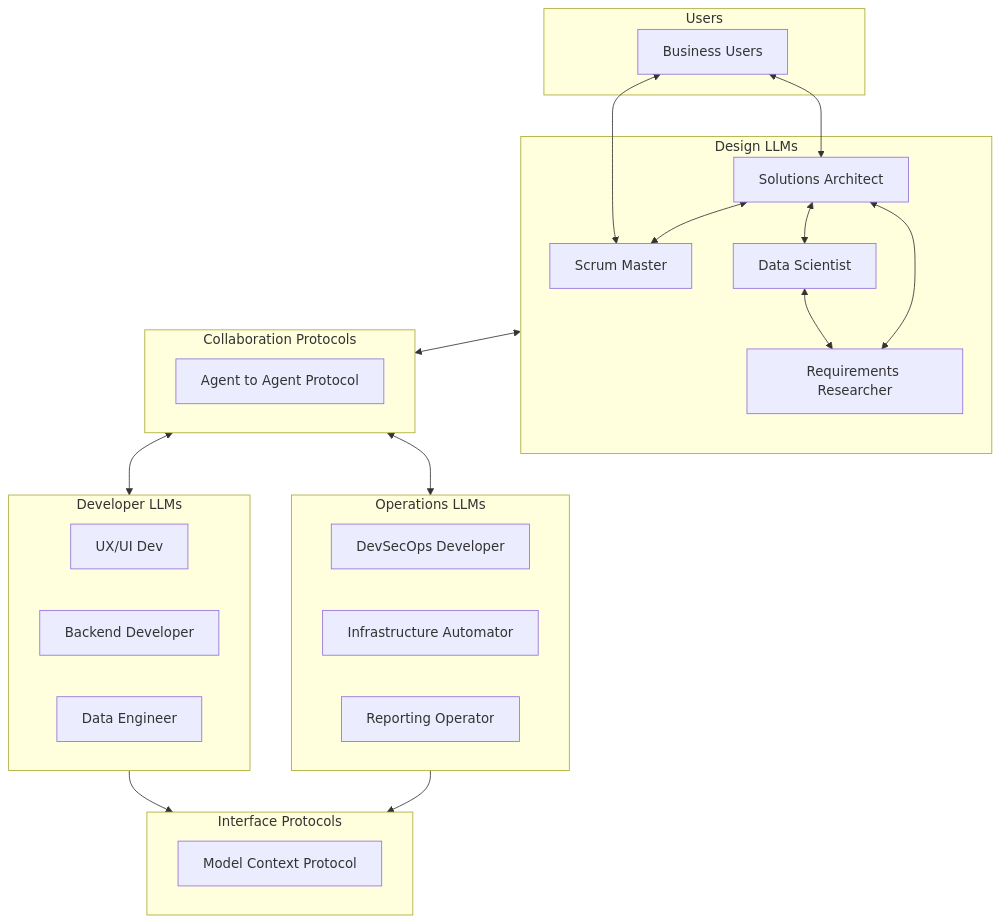
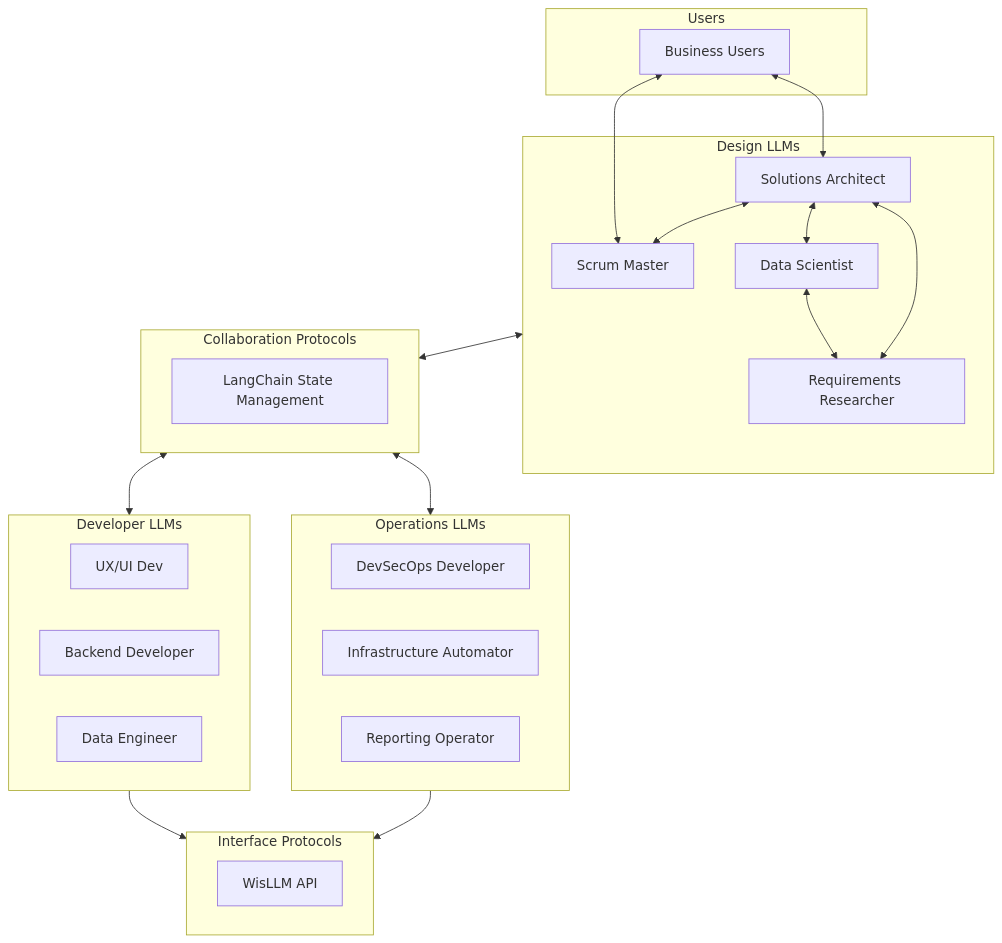
One commit to uhstray-io/WisLLM changed the diagram in README.md. Above: the diagram before and after it, drawn with Mermaid. The commit also changed other lines of this file and 15 other files, not shown here.

Commit message:
Updated design based on LangGraph focused architecture, vLLM inferencing, with BitBlas quantization

````diff
--- a/README.md
+++ b/README.md
@@ -27,49 +27,49 @@
 ```mermaid
 flowchart TD
     subgraph Users
         User[Business Users]
     end
 
     subgraph Design[Design LLMs]
         Scrum[Scrum Master]
         Architect[Solutions Architect]
         DataScientist[Data Scientist]
         Researcher[Requirements Researcher]
     end
 
     subgraph Collab[Collaboration Protocols]
-        A2A[Agent to Agent Protocol]
+        LangChain[LangChain State Management]
     end
 
     subgraph Dev[Developer LLMs]
         UXUI[UX/UI Dev]
         Backend[Backend Developer]
         Data[Data Engineer]
     end
 
     subgraph Ops[Operations LLMs]
         DevSecOps[DevSecOps Developer]
         Infrastructure[Infrastructure Automator]
         Reporter[Reporting Operator]
     end
 
     subgraph Int[Interface Protocols]
-        MCP[Model Context Protocol]
+        WisLLM[WisLLM API]
     end
 
     User <--> Scrum
     User <--> Architect
 
     Architect <--> Scrum
     Architect <--> DataScientist
     
     Architect <--> Researcher
     DataScientist <--> Researcher
 
     Design <--> Collab
     Collab <--> Dev
     Collab <--> Ops
 
     Dev --> Int
     Ops --> Int
 ```
````
